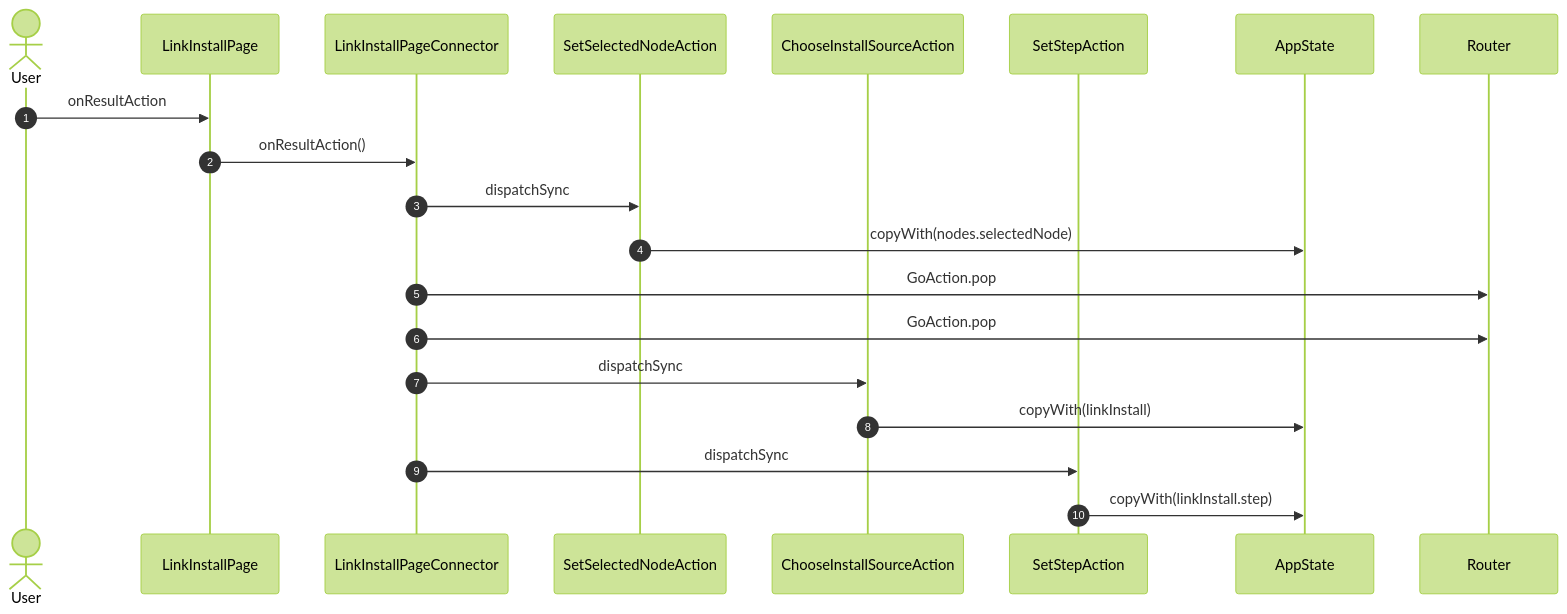
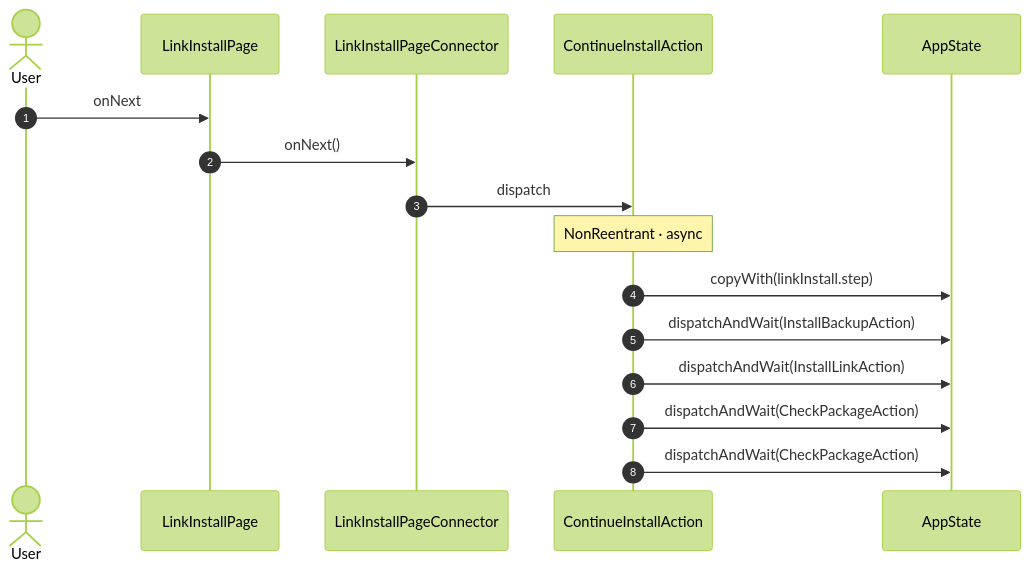
Before and after one commit to gencto/wyrm: diagram 17 of 17 in studio/docs/flows/linkInstall.md, drawn with Mermaid (forest theme). The commit also changed other lines of this file and 85 other files, not shown here.

````diff
--- a/studio/docs/flows/linkInstall.md
+++ b/studio/docs/flows/linkInstall.md
@@ -279,23 +279,19 @@
 ```mermaid
 sequenceDiagram
     autonumber
     actor User
     participant UI as LinkInstallPage
     participant VM as LinkInstallPageConnector
-    participant A1 as SetSelectedNodeAction
-    participant A2 as ChooseInstallSourceAction
-    participant A3 as SetStepAction
+    participant A1 as ContinueInstallAction
     participant ST as AppState
-    participant NAV as Router
 
-    User->>UI: onResultAction
-    UI->>VM: onResultAction()
-    VM->>A1: dispatchSync
-    A1->>ST: copyWith(nodes.selectedNode)
-    VM->>NAV: GoAction.pop
-    VM->>NAV: GoAction.pop
-    VM->>A2: dispatchSync
-    A2->>ST: copyWith(linkInstall)
-    VM->>A3: dispatchSync
-    A3->>ST: copyWith(linkInstall.step)
+    User->>UI: onNext
+    UI->>VM: onNext()
+    VM->>A1: dispatch
+    Note over A1: NonReentrant · async
+    A1->>ST: copyWith(linkInstall.step)
+    A1->>ST: dispatchAndWait(InstallBackupAction)
+    A1->>ST: dispatchAndWait(InstallLinkAction)
+    A1->>ST: dispatchAndWait(CheckPackageAction)
+    A1->>ST: dispatchAndWait(CheckPackageAction)
 ```
````
